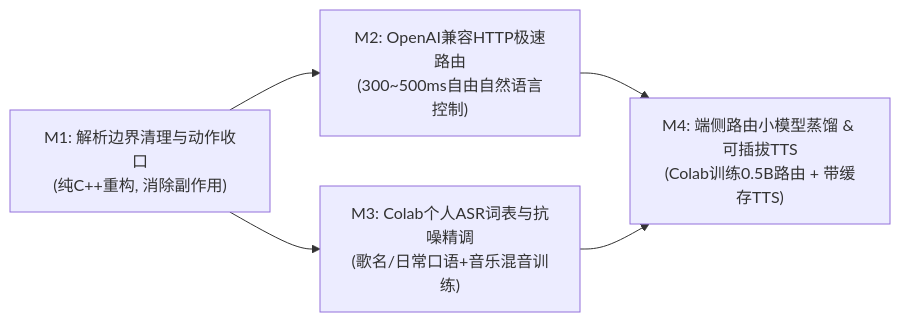
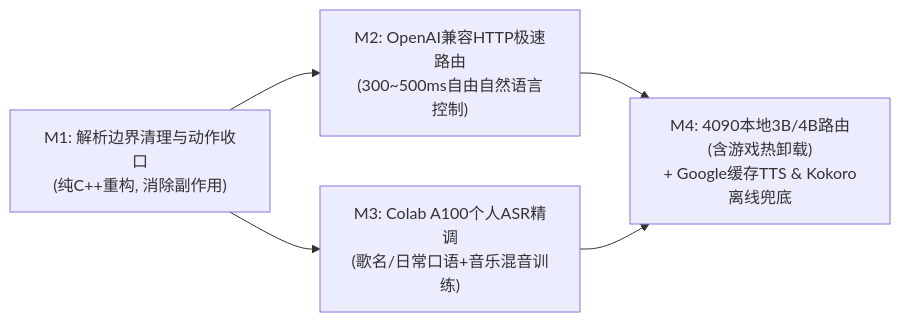
Before and after one commit to CICSilver/desktop-voice-orchestrator: the diagram in docs/NATURAL_LANGUAGE_ROADMAP.md, drawn with Mermaid. The commit also changed other lines of this file and 1 other file, not shown here.

Commit message:
docs: add evaluation and natural language roadmap documentation

````diff
--- a/docs/NATURAL_LANGUAGE_ROADMAP.md
+++ b/docs/NATURAL_LANGUAGE_ROADMAP.md
@@ -73,7 +80,7 @@
 ```mermaid
 flowchart LR
     M1["M1: 解析边界清理与动作收口\n(纯C++重构, 消除副作用)"] --> M2["M2: OpenAI兼容HTTP极速路由\n(300~500ms自由自然语言控制)"]
-    M1 --> M3["M3: Colab个人ASR词表与抗噪精调\n(歌名/日常口语+音乐混音训练)"]
-    M2 --> M4["M4: 端侧路由小模型蒸馏 & 可插拔TTS\n(Colab训练0.5B路由 + 带缓存TTS)"]
+    M1 --> M3["M3: Colab A100个人ASR精调\n(歌名/日常口语+音乐混音训练)"]
+    M2 --> M4["M4: 4090本地3B/4B路由(含游戏热卸载)\n+ Google缓存TTS & Kokoro离线兜底"]
     M3 --> M4
 ```
````
